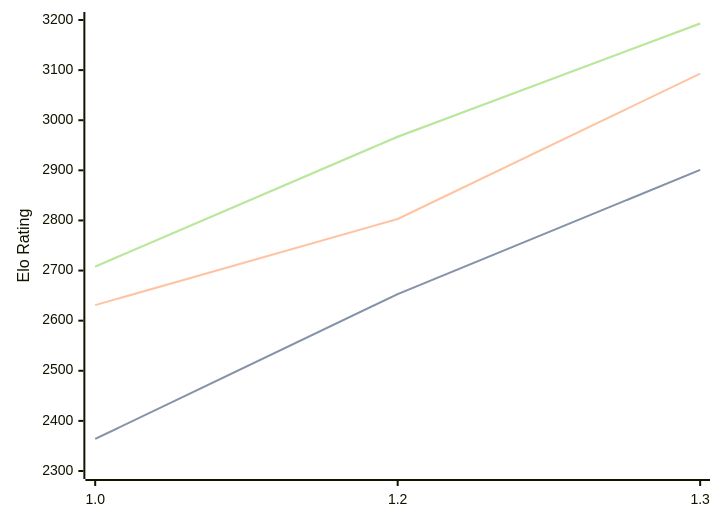
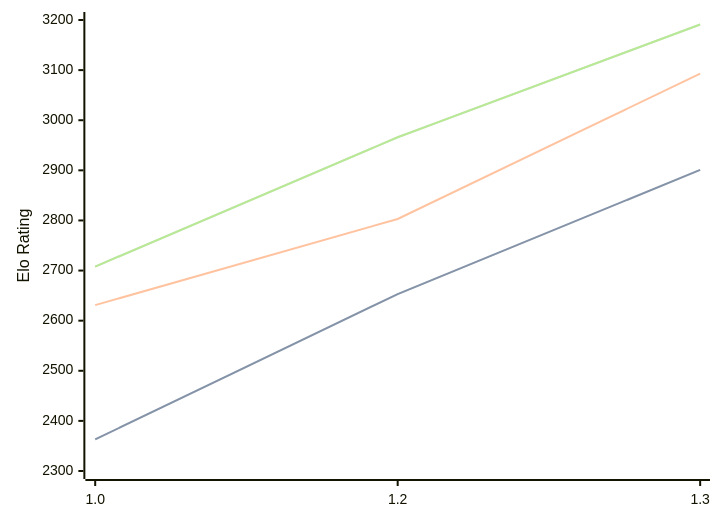
The diagram in engines/Chessnix.md (computer-chess-index/cci), drawn with Mermaid before and after one commit. The commit also changed other lines of this file, not shown here.

Commit message:
Update CCI Ratings (ELO VLTC) - 2026-03-23

````diff
--- a/engines/Chessnix.md
+++ b/engines/Chessnix.md
@@ -35,11 +35,11 @@
 ```mermaid
 %%{init: {"theme":"base","themeVariables":{"seriesColors:['#a3a3a3','#222221','#faa371']}}}%%
 xychart-beta
   x-axis ["1.0", "1.2", "1.3"]
   y-axis "Elo Rating" 2300 --> 3200
-  line "STC (8.0+0.08s)" [2364, 2653, 2901]
-  line "STC (8.0+0.08s)" [2364, 2653, 2901]
+  line "STC (8.0+0.08s)" [2363, 2653, 2901]
+  line "STC (8.0+0.08s)" [2363, 2653, 2901]
   line "LTC (60.0+0.60s)" [2631, 2803, 3093]
-  line "VLTC (2m24s+1.12s)" [2708, 2967, 3193]
-  line "VLTC (2m24s+1.12s)" [2708, 2967, 3193]
+  line "VLTC (2m24s+1.12s)" [2708, 2966, 3191]
+  line "VLTC (2m24s+1.12s)" [2708, 2966, 3191]
 ```
````
